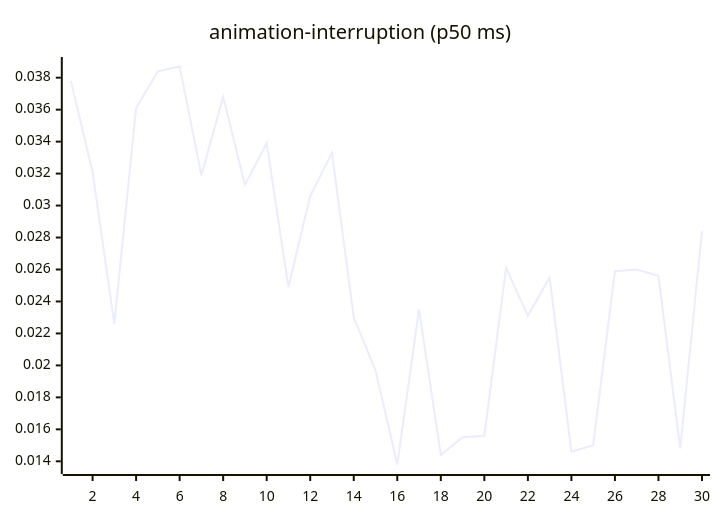
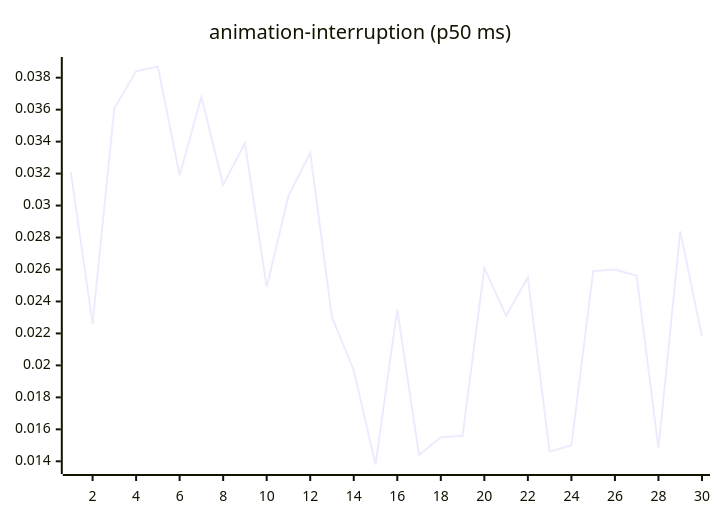
One commit to josha/Facet changed the third of 27 diagrams in README.md. Above: the diagram before and after it, drawn with Mermaid. The commit also changed other lines of this file and 2 other files, not shown here.

````diff
--- a/README.md
+++ b/README.md
@@ -77,6 +77,6 @@
 ```mermaid
 xychart-beta
     title "animation-interruption (p50 ms)"
     x-axis 1 --> 30
-    line [0.0378, 0.0321, 0.0226, 0.0361, 0.0384, 0.0387, 0.0319, 0.0368, 0.0313, 0.0339, 0.0249, 0.0306, 0.0333, 0.0230, 0.0197, 0.0138, 0.0235, 0.0144, 0.0155, 0.0156, 0.0261, 0.0231, 0.0255, 0.0146, 0.0150, 0.0259, 0.0260, 0.0256, 0.0148, 0.0284]
+    line [0.0321, 0.0226, 0.0361, 0.0384, 0.0387, 0.0319, 0.0368, 0.0313, 0.0339, 0.0249, 0.0306, 0.0333, 0.0230, 0.0197, 0.0138, 0.0235, 0.0144, 0.0155, 0.0156, 0.0261, 0.0231, 0.0255, 0.0146, 0.0150, 0.0259, 0.0260, 0.0256, 0.0148, 0.0284, 0.0218]
 ```
````
